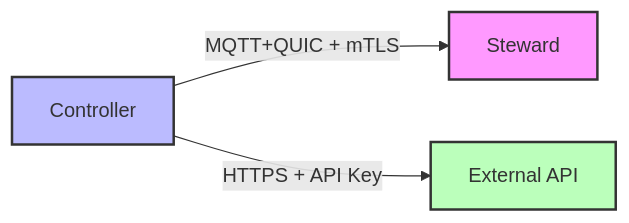
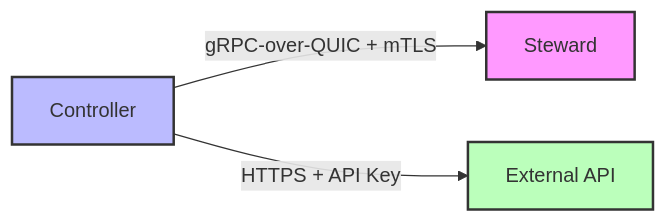
The second of 5 diagrams in docs/terminology.md (cfg-is/cfgms), drawn with Mermaid before and after one commit. The commit also changed other lines of this file and 62 other files, not shown here.

````diff
--- a/docs/terminology.md
+++ b/docs/terminology.md
@@ -149,8 +149,8 @@
 ```mermaid
 graph LR
-    C[Controller] -->|MQTT+QUIC + mTLS| S[Steward]
+    C[Controller] -->|gRPC-over-QUIC + mTLS| S[Steward]
     C -->|HTTPS + API Key| E[External API]
     style C fill:#bbf,stroke:#333,stroke-width:2px
     style S fill:#f9f,stroke:#333,stroke-width:2px
     style E fill:#bfb,stroke:#333,stroke-width:2px
 ```
````
